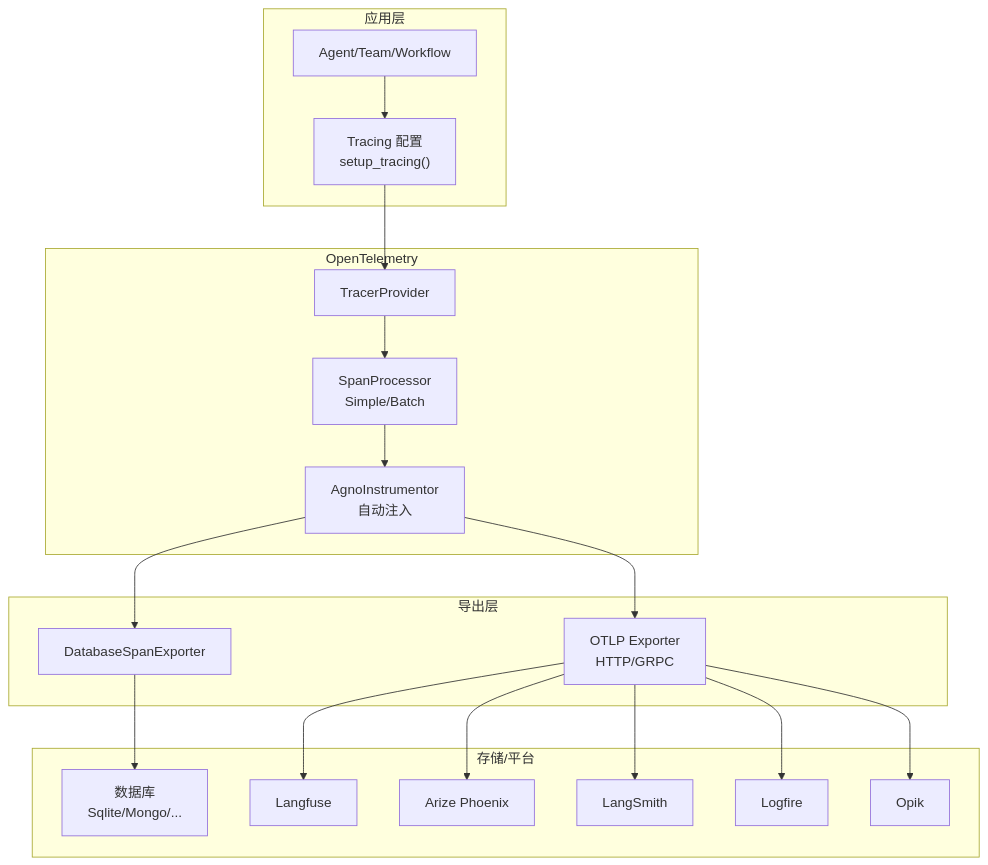
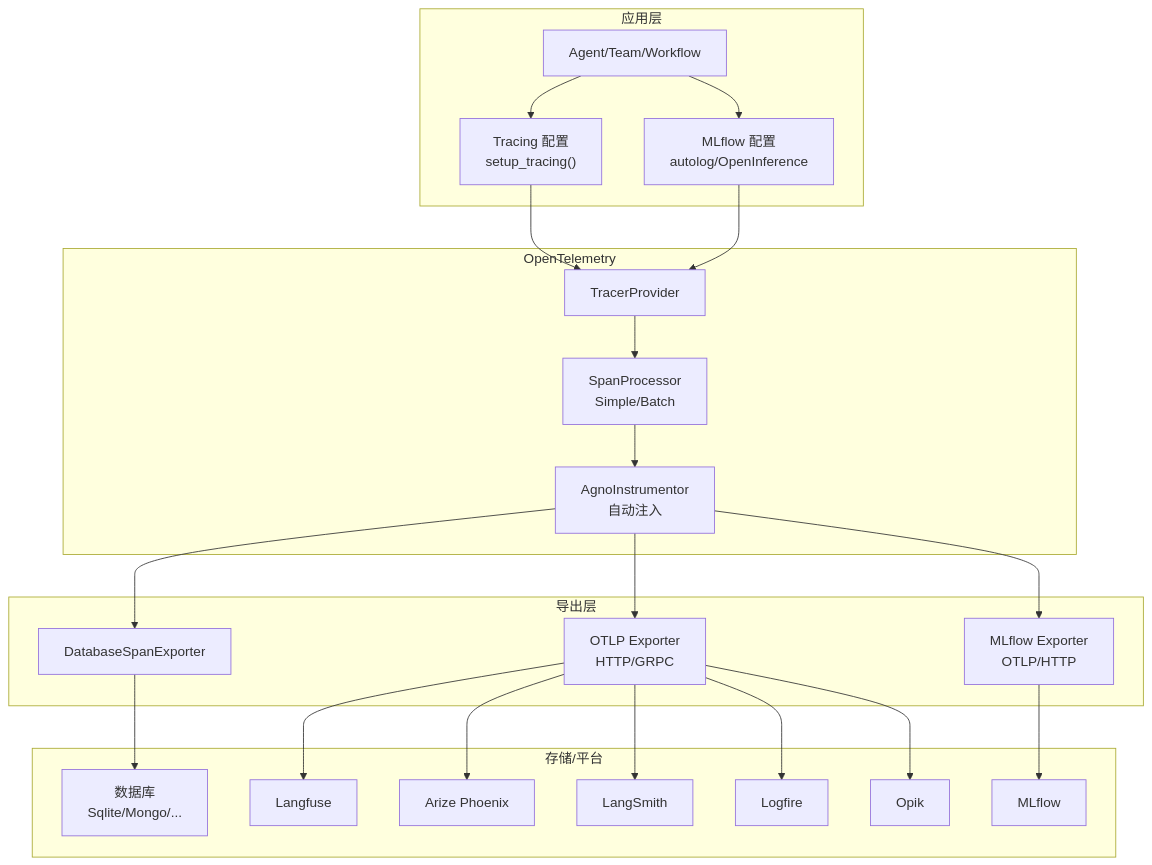
One commit to defulat-coder/agno-learn changed the second of 12 diagrams in .qoder/repowiki/zh/content/集成工具/可观测性集成.md. Above: the diagram before and after it, drawn with Mermaid. The commit also changed other lines of this file and 1683 other files, not shown here.

````diff
--- a/.qoder/repowiki/zh/content/集成工具/可观测性集成.md
+++ b/.qoder/repowiki/zh/content/集成工具/可观测性集成.md
@@ -126,36 +157,43 @@
 ```mermaid
 graph TB
 subgraph "应用层"
 AG["Agent/Team/Workflow"]
 CFG["Tracing 配置<br/>setup_tracing()"]
+MLCFG["MLflow 配置<br/>autolog/OpenInference"]
 end
 subgraph "OpenTelemetry"
 TP["TracerProvider"]
 SP["SpanProcessor<br/>Simple/Batch"]
 AE["AgnoInstrumentor<br/>自动注入"]
 end
 subgraph "导出层"
 DBE["DatabaseSpanExporter"]
 OTLP["OTLP Exporter<br/>HTTP/GRPC"]
+MLFLOW["MLflow Exporter<br/>OTLP/HTTP"]
 end
 subgraph "存储/平台"
 DB["数据库<br/>Sqlite/Mongo/..."]
 LF["Langfuse"]
 AP["Arize Phoenix"]
 LS["LangSmith"]
 LFF["Logfire"]
 OPK["Opik"]
+MF["MLflow"]
 end
 AG --> CFG
+AG --> MLCFG
 CFG --> TP
+MLCFG --> TP
 TP --> SP
 SP --> AE
 AE --> DBE
 AE --> OTLP
+AE --> MLFLOW
 DBE --> DB
 OTLP --> LF
 OTLP --> AP
 OTLP --> LS
 OTLP --> LFF
 OTLP --> OPK
+MLFLOW --> MF
 ```
````
